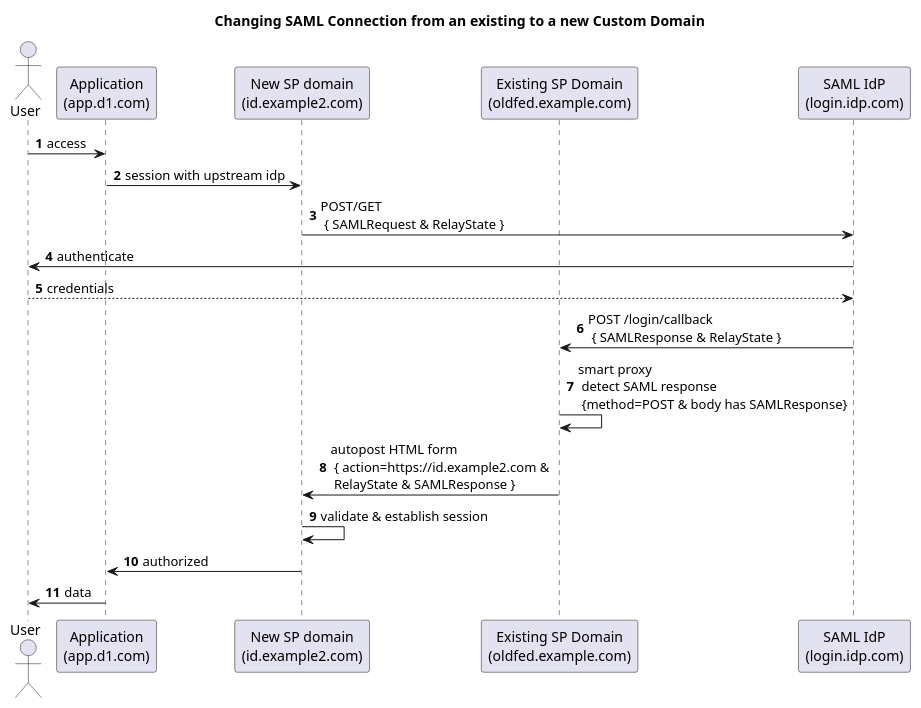
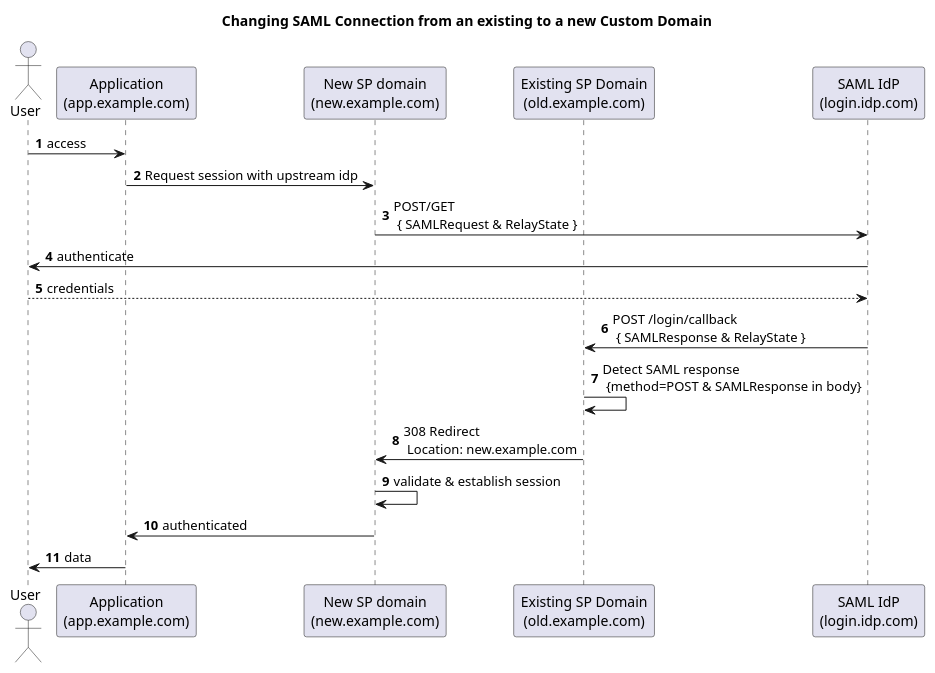
One commit to abbaspour/auth0-mcd-federation-migration changed the diagram in sequence/saml-migration.puml. Above: the diagram before and after it, drawn with PlantUML. The commit also changed 9 other files, not shown here.

```diff
--- a/sequence/saml-migration.puml
+++ b/sequence/saml-migration.puml
@@ -1,27 +1,27 @@
 @startuml
 autonumber
 
 title Changing SAML Connection from an existing to a new Custom Domain
 
 actor User as u
-participant "Application\n(app.d1.com)" as app
-participant "New SP domain\n(id.example2.com)" as a0
-participant "Existing SP Domain\n(oldfed.example.com)" as sp
+participant "Application\n(app.example.com)" as app
+participant "New SP domain\n(new.example.com)" as a0
+participant "Existing SP Domain\n(old.example.com)" as sp
 participant "SAML IdP\n(login.idp.com)" as idp
 
 u -> app: access
 
-app -> a0: session with upstream idp
+app -> a0: Request session with upstream idp
 a0 -> idp: POST/GET \n { SAMLRequest & RelayState }
 idp -> u: authenticate
 u --> idp: credentials
 
 idp -> sp: POST /login/callback \n { SAMLResponse & RelayState }
-sp -> sp: smart proxy \n detect SAML response \n {method=POST & body has SAMLResponse}
-sp -> a0: autopost HTML form \n { action=https://id.example2.com & \n RelayState & SAMLResponse }
+sp -> sp: Detect SAML response \n {method=POST & SAMLResponse in body}
+sp -> a0: 308 Redirect \n Location: new.example.com
 
 a0 -> a0: validate & establish session
-a0 -> app: authorized
+a0 -> app: authenticated
 
 app -> u: data
 @enduml
```
